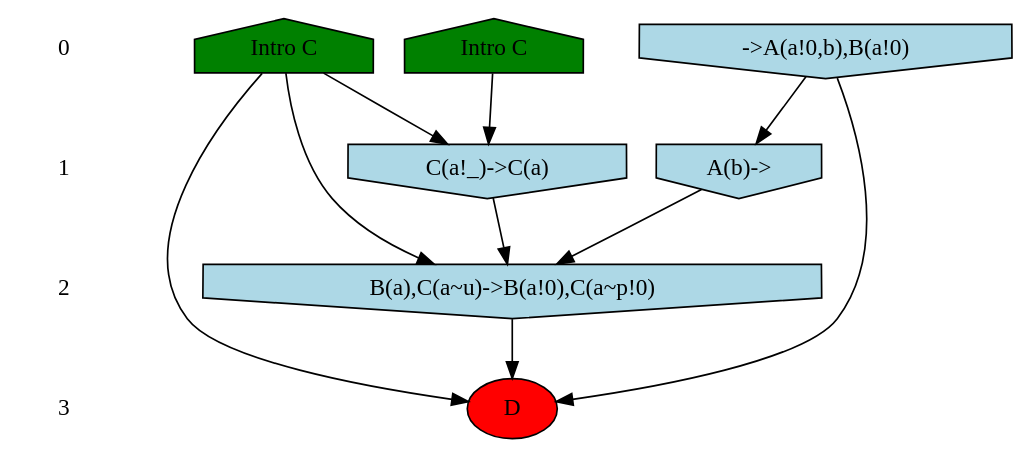
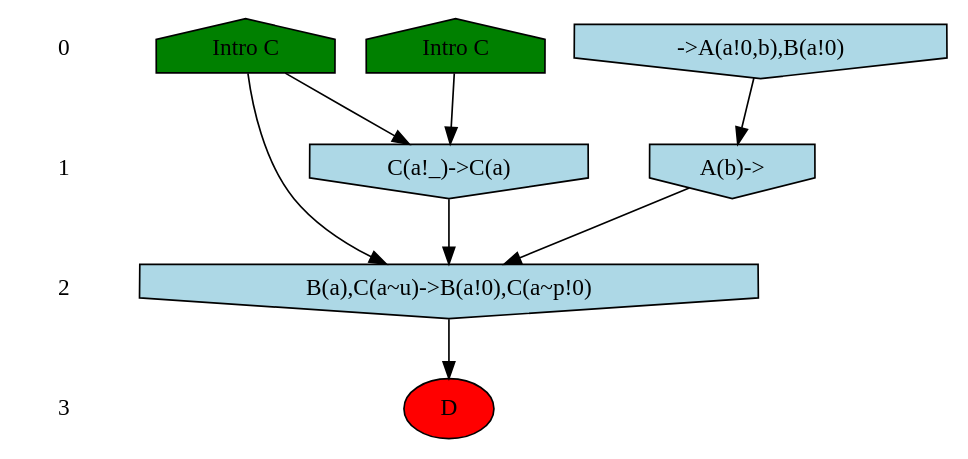
One commit to Kappa-Dev/KappaTools changed the diagram in models/cflows/side-effects2/expected-output/cflowWeakly_0.dot. Above: the diagram before and after it, drawn with Graphviz. The commit also changed 40 other files, not shown here.

```diff
--- a/models/cflows/side-effects2/expected-output/cflowWeakly_0.dot
+++ b/models/cflows/side-effects2/expected-output/cflowWeakly_0.dot
@@ -1,31 +1,29 @@
 /* Compression of 3 causal flows obtained in average at 6.558255E-01 t.u */
 /* Compressed causal flows were: [9;7;5] */
 digraph G{
  ranksep=.5 ; 
 { rank = same ; "0" [shape=plaintext] ; node_1 [label ="Intro C", shape=house, style=filled, fillcolor=green] ;
 node_2 [label ="Intro C", shape=house, style=filled, fillcolor=green] ;
 node_3 [label="->A(a!0,b),B(a!0)", shape=invhouse, style=filled, fillcolor = lightblue] ;
 }
 { rank = same ; "1" [shape=plaintext] ; node_4 [label="A(b)->", shape=invhouse, style=filled, fillcolor = lightblue] ;
 node_5 [label="C(a!_)->C(a)", shape=invhouse, style=filled, fillcolor = lightblue] ;
 }
 { rank = same ; "2" [shape=plaintext] ; node_6 [label="B(a),C(a~u)->B(a!0),C(a~p!0)", shape=invhouse, style=filled, fillcolor = lightblue] ;
 }
 { rank = same ; "3" [shape=plaintext] ; node_7 [label ="D", style=filled, fillcolor=red] ;
 }
 "0" -> "1" [style="invis"]; 
 "1" -> "2" [style="invis"]; 
 "2" -> "3" [style="invis"]; 
 node_3 -> node_4
 node_1 -> node_5
 node_2 -> node_5
 node_1 -> node_6
 node_4 -> node_6
 node_5 -> node_6
-node_1 -> node_7
-node_3 -> node_7
 node_6 -> node_7
 }
 /*
  Dot generation time: 0.000000
 */
```
